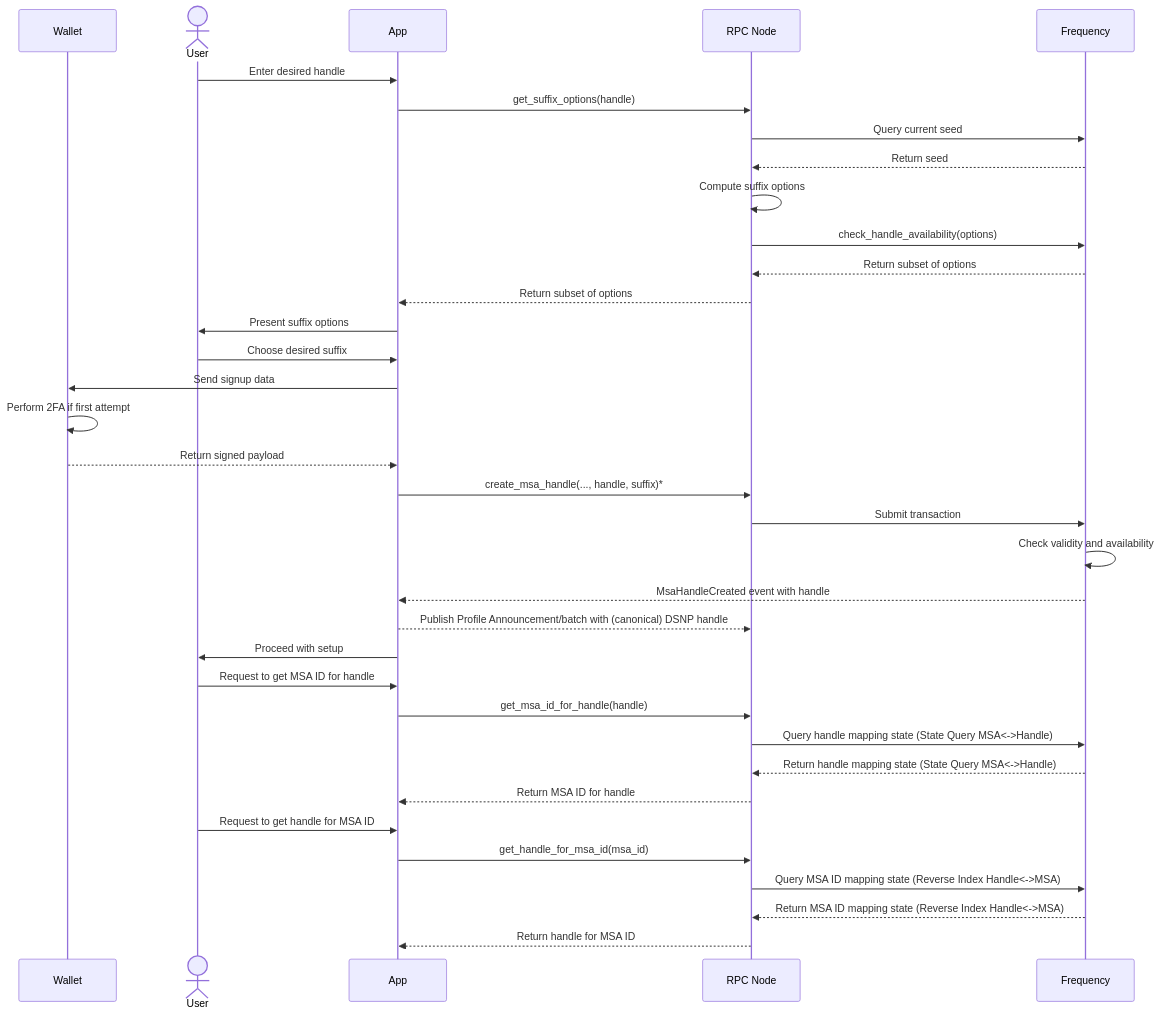
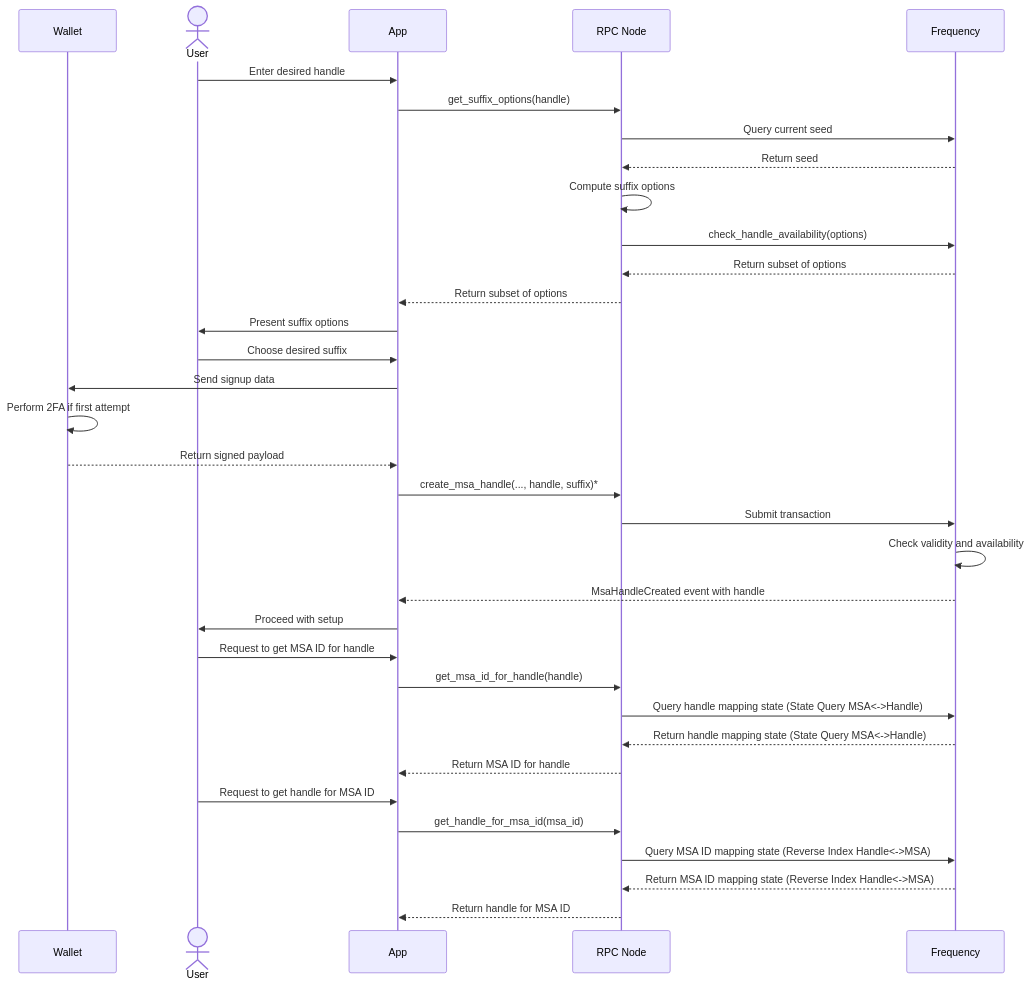
Before and after one commit to frequency-chain/frequency: the first of 2 diagrams in designdocs/user-handles.md, drawn with Mermaid.

````diff
--- a/designdocs/user-handles.md
+++ b/designdocs/user-handles.md
@@ -68,37 +68,36 @@
 ```mermaid
 sequenceDiagram
     participant Wallet
     actor User
     participant App
     participant RPC as RPC Node
     participant Chain as Frequency
     User->>App: Enter desired handle
     App->>RPC: get_suffix_options(handle)
     RPC->>Chain: Query current seed
     Chain-->>RPC: Return seed
     RPC->>RPC: Compute suffix options
     RPC->>Chain: check_handle_availability(options)
     Chain-->>RPC: Return subset of options
     RPC-->>App: Return subset of options
     App->>User: Present suffix options
     User->>App: Choose desired suffix
     App->>Wallet: Send signup data
     Wallet->>Wallet: Perform 2FA if first attempt
     Wallet-->>App: Return signed payload
     App->>RPC: create_msa_handle(..., handle, suffix)*
     RPC->>Chain: Submit transaction
     Chain->>Chain: Check validity and availability
     Chain-->>App: MsaHandleCreated event with handle
-    App-->>RPC: Publish Profile Announcement/batch with (canonical) DSNP handle
     App->>User: Proceed with setup
     User->>App: Request to get MSA ID for handle
     App->>RPC: get_msa_id_for_handle(handle)
     RPC->>Chain: Query handle mapping state (State Query MSA<->Handle)
     Chain-->>RPC: Return handle mapping state (State Query MSA<->Handle)
     RPC-->>App: Return MSA ID for handle
     User->>App: Request to get handle for MSA ID
     App->>RPC: get_handle_for_msa_id(msa_id)
     RPC->>Chain: Query MSA ID mapping state (Reverse Index Handle<->MSA)
     Chain-->>RPC: Return MSA ID mapping state (Reverse Index Handle<->MSA)
     RPC-->>App: Return handle for MSA ID
 ```
````
